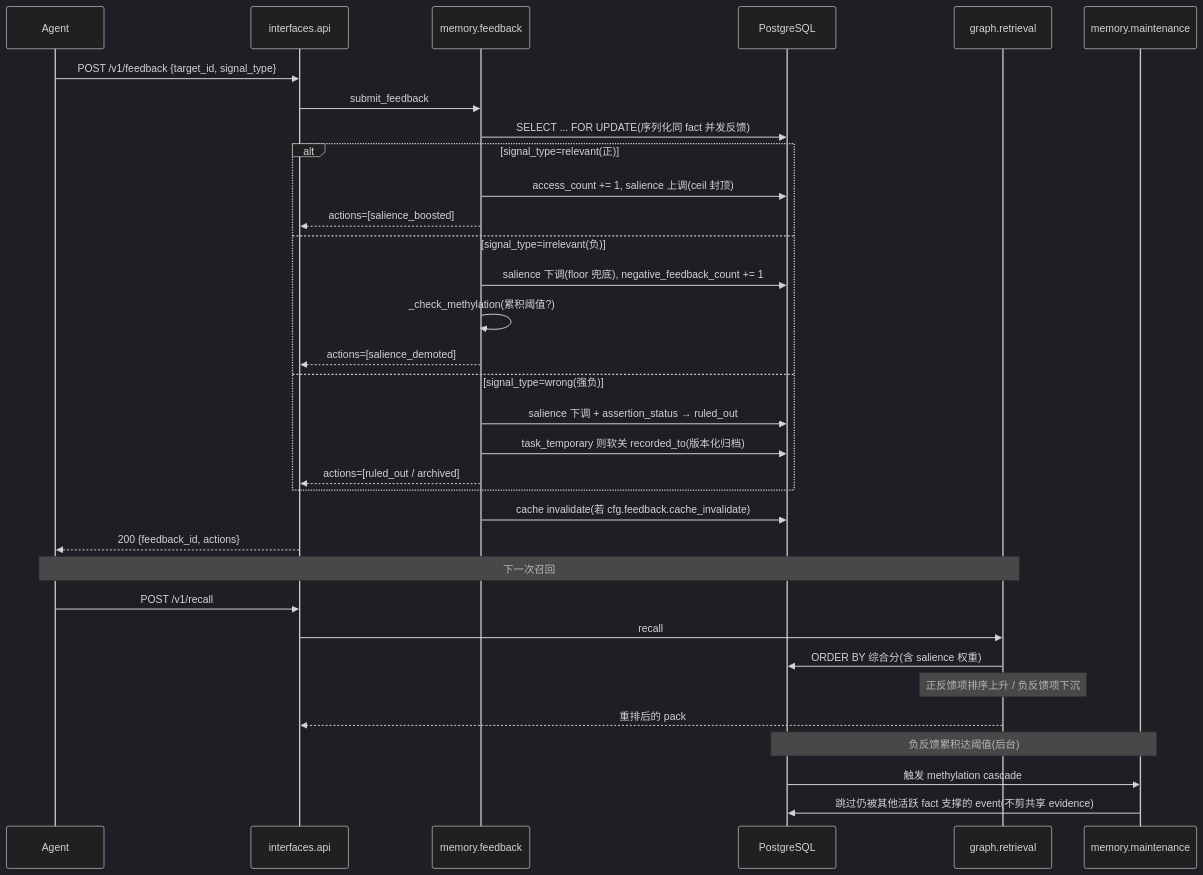
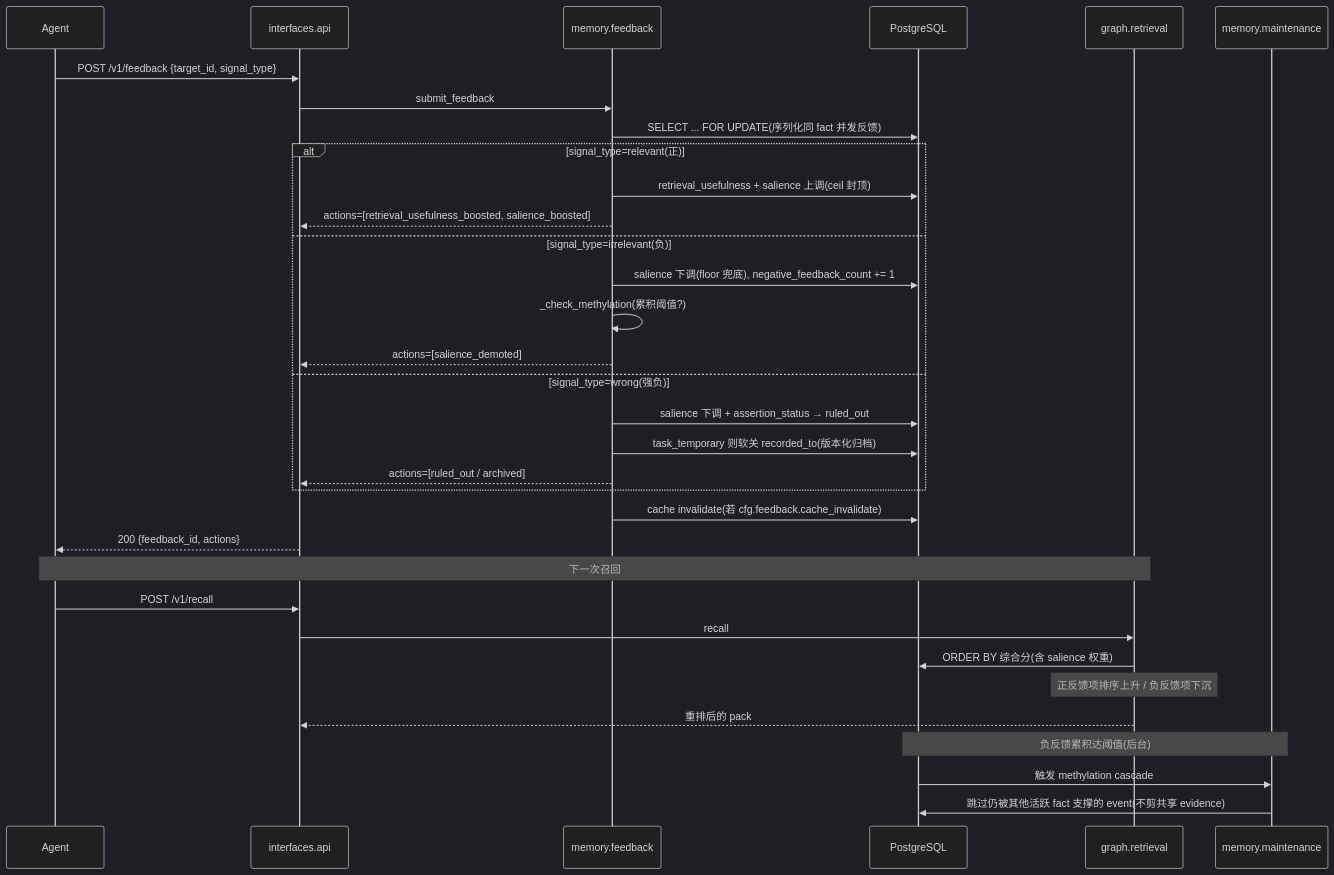
The tenth of 11 diagrams in source/chapters/23-architecture-diagrams.md (pty819/cortex-py-book), drawn with Mermaid (dark theme) before and after one commit. The commit also changed other lines of this file and 16 other files, not shown here.

````diff
--- a/source/chapters/23-architecture-diagrams.md
+++ b/source/chapters/23-architecture-diagrams.md
@@ -540,40 +540,40 @@
 ```{mermaid}
 sequenceDiagram
     participant A as Agent
     participant API as interfaces.api
     participant FB as memory.feedback
     participant DB as PostgreSQL
     participant RET as graph.retrieval
     participant MAINT as memory.maintenance
 
     A->>API: POST /v1/feedback {target_id, signal_type}
     API->>FB: submit_feedback
     FB->>DB: SELECT ... FOR UPDATE(序列化同 fact 并发反馈)
 
     alt signal_type=relevant(正)
-        FB->>DB: access_count += 1, salience 上调(ceil 封顶)
-        FB-->>API: actions=[salience_boosted]
+        FB->>DB: retrieval_usefulness + salience 上调(ceil 封顶)
+        FB-->>API: actions=[retrieval_usefulness_boosted, salience_boosted]
     else signal_type=irrelevant(负)
         FB->>DB: salience 下调(floor 兜底), negative_feedback_count += 1
         FB->>FB: _check_methylation(累积阈值?)
         FB-->>API: actions=[salience_demoted]
     else signal_type=wrong(强负)
         FB->>DB: salience 下调 + assertion_status → ruled_out
         FB->>DB: task_temporary 则软关 recorded_to(版本化归档)
         FB-->>API: actions=[ruled_out / archived]
     end
 
     FB->>DB: cache invalidate(若 cfg.feedback.cache_invalidate)
     API-->>A: 200 {feedback_id, actions}
 
     Note over A,RET: 下一次召回
     A->>API: POST /v1/recall
     API->>RET: recall
     RET->>DB: ORDER BY 综合分(含 salience 权重)
     Note over RET: 正反馈项排序上升 / 负反馈项下沉
     RET-->>API: 重排后的 pack
 
     Note over DB,MAINT: 负反馈累积达阈值(后台)
     DB->>MAINT: 触发 methylation cascade
     MAINT->>DB: 跳过仍被其他活跃 fact 支撑的 event(不剪共享 evidence)
 ```
````
